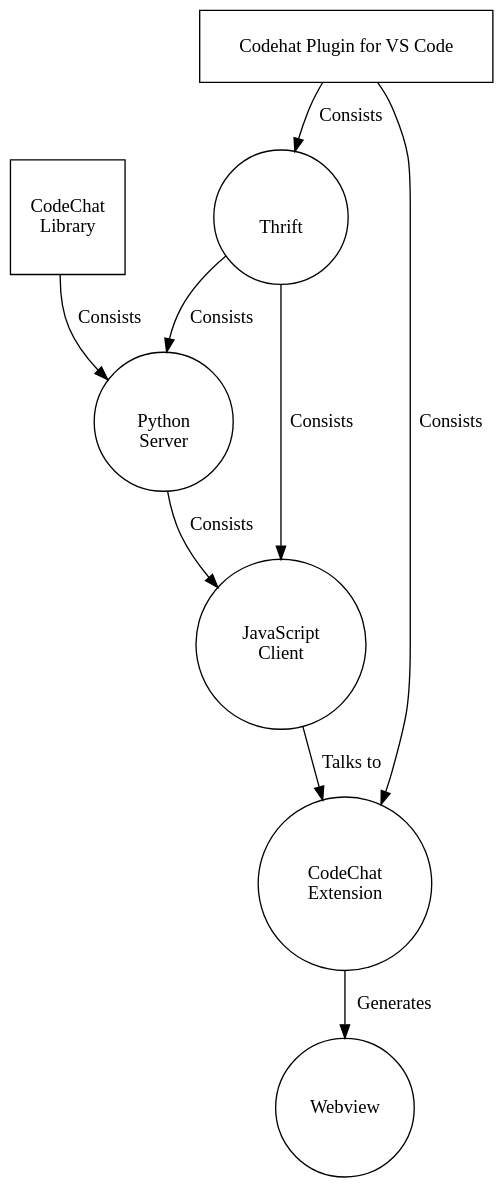
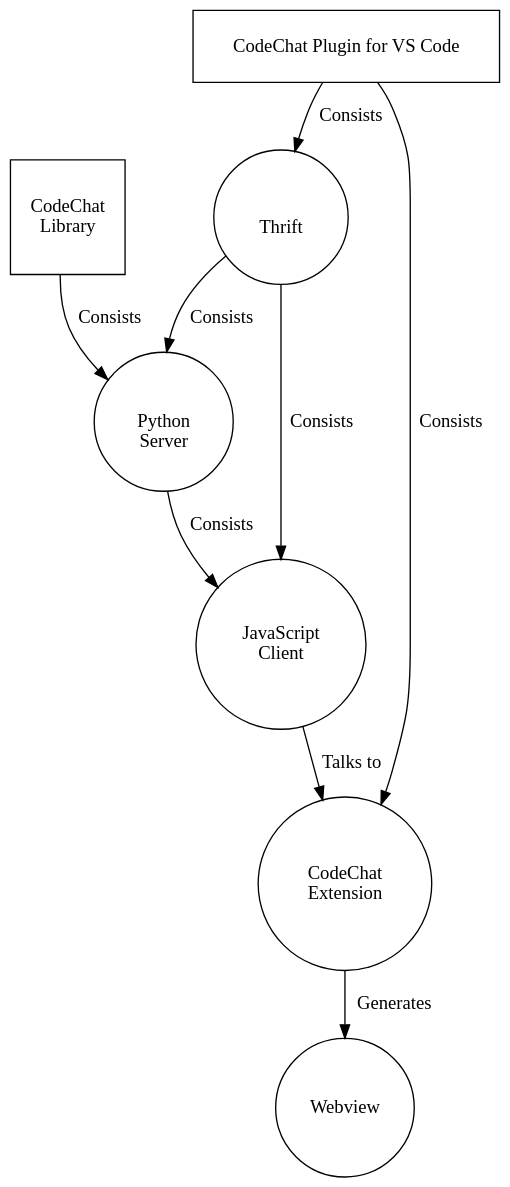
The diagram in index.rst (mrsuman2002/A_modular_Plugin-CodeChat), drawn with Graphviz before and after one commit. The commit also changed 2 other files, not shown here.

```diff
--- a/index.rst
+++ b/index.rst
@@ -7,26 +7,26 @@
 .. digraph:: mydiagram
 
     bgcolor="transparent"
 
-    CodeChat_plugin [label="\nCodehat Plugin for VS Code \n \n",shape=rectangle]
+    CodeChat_plugin [label="\nCodeChat Plugin for VS Code \n \n",shape=rectangle]
 
     Thrift [label="\n\nThrift\n\n", shape=circle]
     CodeChat_plugin -> Thrift [ label="Consists"];
 
     CodeChat_Extention [label="CodeChat\n Extension", shape=circle]
     CodeChat_plugin -> CodeChat_Extention [label="Consists"];
 
     PythonServer [label ="\n Python\n Server \n", shape=circle]
     Thrift  -> PythonServer  [label="Consists"];
 
     JavaScriptClient [label ="JavaScript\nClient", shape=circle]
     PythonServer   -> JavaScriptClient [label="Consists"];
 
     Thrift -> JavaScriptClient [label="Consists"];
     JavaScriptClient -> CodeChat_Extention [label="Talks to"];
 
     CodeChatLibrary [label= "CodeChat\nLibrary", shape=square]
     CodeChatLibrary -> PythonServer  [label="Consists"];
 
     Webview [label="Webview", shape=circle]
     CodeChat_Extention -> Webview [label="Generates"];
```
